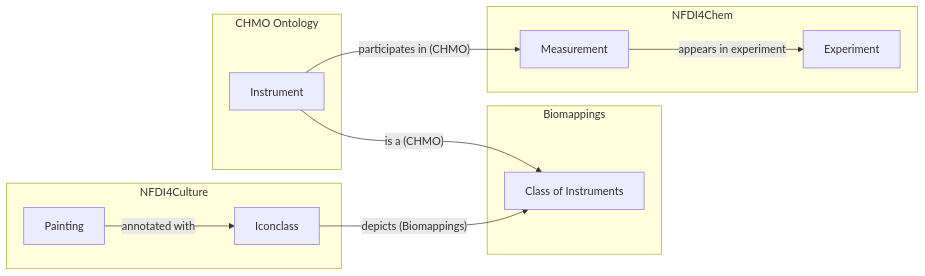
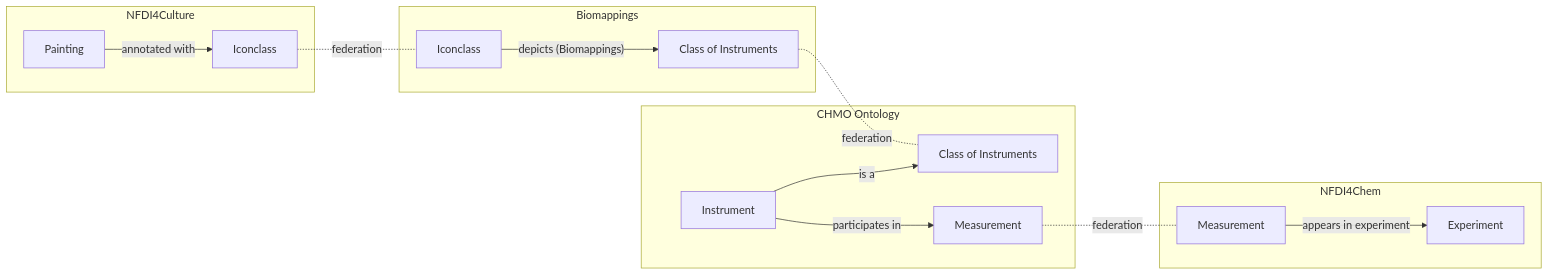
Before and after one commit to cthoyt/cthoyt.github.io: the diagram in _posts/2025-10-07-bridging-culture-and-chemistry.md, drawn with Mermaid. The commit also changed other lines of this file, not shown here.

````diff
--- a/_posts/2025-10-07-bridging-culture-and-chemistry.md
+++ b/_posts/2025-10-07-bridging-culture-and-chemistry.md
@@ -575,19 +571,22 @@
 ```mermaid
 graph LR
     subgraph nfdi4culture [NFDI4Culture]
         painting[Painting] -- annotated with --> iconclass[Iconclass]
     end
 
     subgraph biomappings [Biomappings]
-        iconclass -- depicts (Biomappings) --> instrumentClass[Class of Instruments]
+        iconclass -. federation -.- iconclass2[Iconclass]
+        iconclass2 -- depicts (Biomappings) --> instrumentClass2[Class of Instruments]
+    end
+
+    subgraph chmo [CHMO Ontology]
+        instrumentClass2 -. federation -.- instrumentClass[Class of Instruments]
+        instrument[Instrument] -- participates in --> measurement[Measurement]
+        instrument -- is a --> instrumentClass
     end
 
     subgraph nfdi4chem [NFDI4Chem]
-        measurement[Measurement] -- appears in experiment --> experiment[Experiment]
-    end
-
-    subgraph chmo [CHMO Ontology]
-        instrument[Instrument] -- participates in (CHMO) --> measurement
-        instrument -- is a (CHMO) --> instrumentClass
+        measurement-. federation -.- measurement2[Measurement]
+        measurement2[Measurement] -- appears in experiment --> experiment[Experiment]
     end
 ```
````
